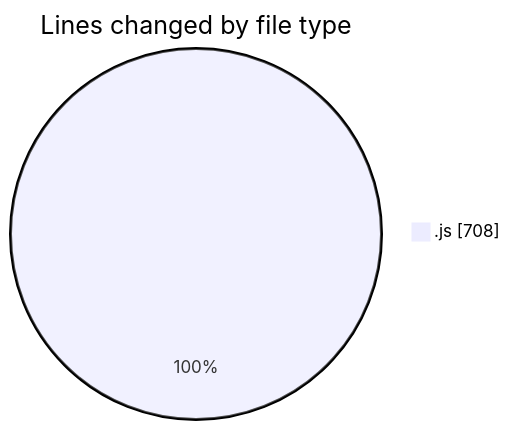
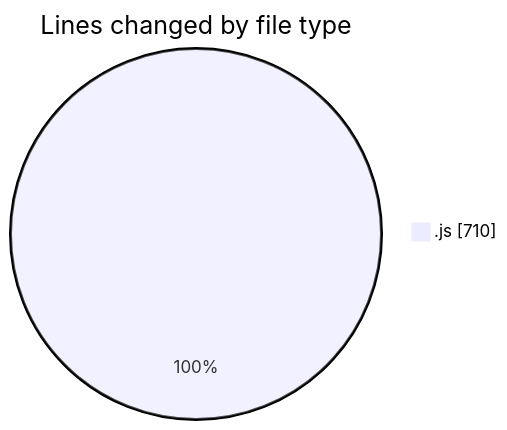
Before and after one commit to nxtqubesakshisongat/code-tracking: the first of 2 diagrams in 2025-09-08/cashcalculator/README.md, drawn with Mermaid. The commit also changed other lines of this file and 1 other file, not shown here.

````diff
--- a/2025-09-08/cashcalculator/README.md
+++ b/2025-09-08/cashcalculator/README.md
@@ -20,5 +20,5 @@
 ```mermaid
 pie showData
 title Lines changed by file type
-".js" : 708
+".js" : 710
 ```
````
